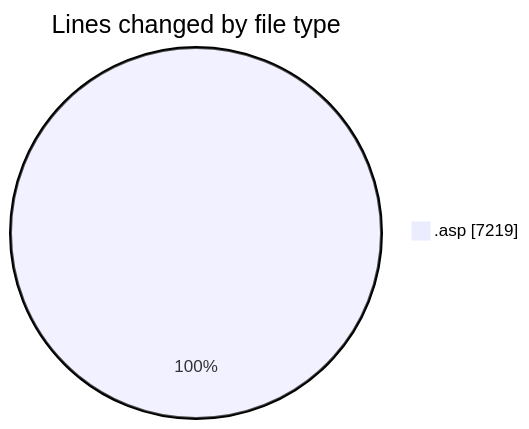
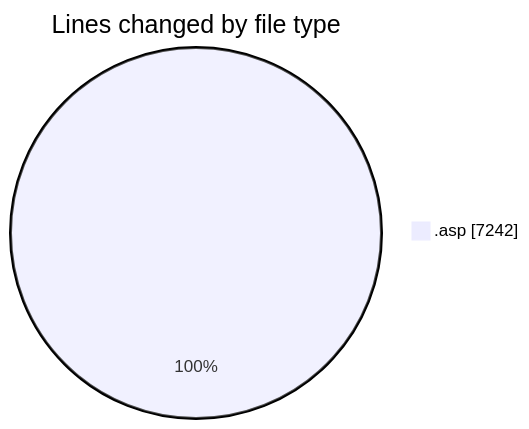
Before and after one commit to julien-gomy/code-tracking: the first of 2 diagrams in 2025-11-18/cdp_aleoudev_fr__workspace_/README.md, drawn with Mermaid. The commit also changed other lines of this file and 1 other file, not shown here.

````diff
--- a/2025-11-18/cdp_aleoudev_fr__workspace_/README.md
+++ b/2025-11-18/cdp_aleoudev_fr__workspace_/README.md
@@ -28,5 +28,5 @@
 ```mermaid
 pie showData
 title Lines changed by file type
-".asp" : 7219
+".asp" : 7242
 ```
````
